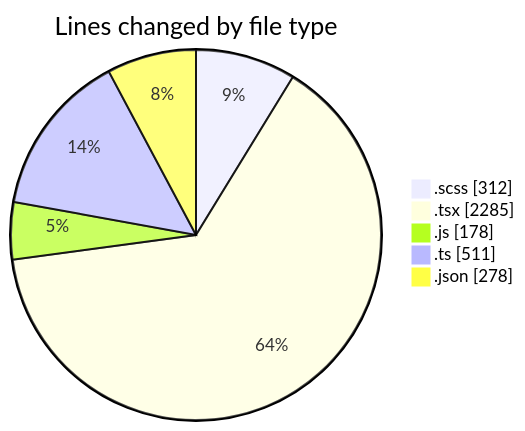
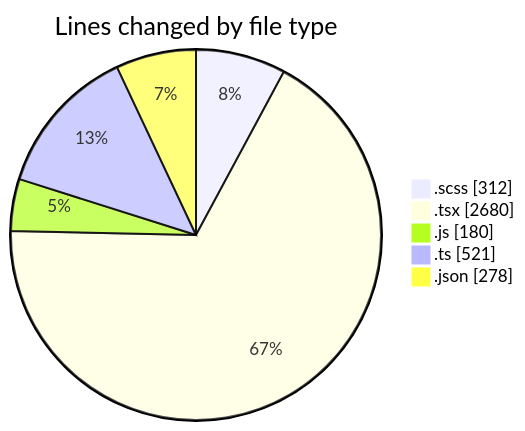
One commit to momahboobian/code-tracking changed the first of 2 diagrams in 2026-08-10/cda/README.md. Above: the diagram before and after it, drawn with Mermaid. The commit also changed other lines of this file and 1 other file, not shown here.

````diff
--- a/2026-08-10/cda/README.md
+++ b/2026-08-10/cda/README.md
@@ -32,9 +32,9 @@
 ```mermaid
 pie showData
 title Lines changed by file type
 ".scss" : 312
-".tsx" : 2285
-".js" : 178
-".ts" : 511
+".tsx" : 2680
+".js" : 180
+".ts" : 521
 ".json" : 278
 ```
````
